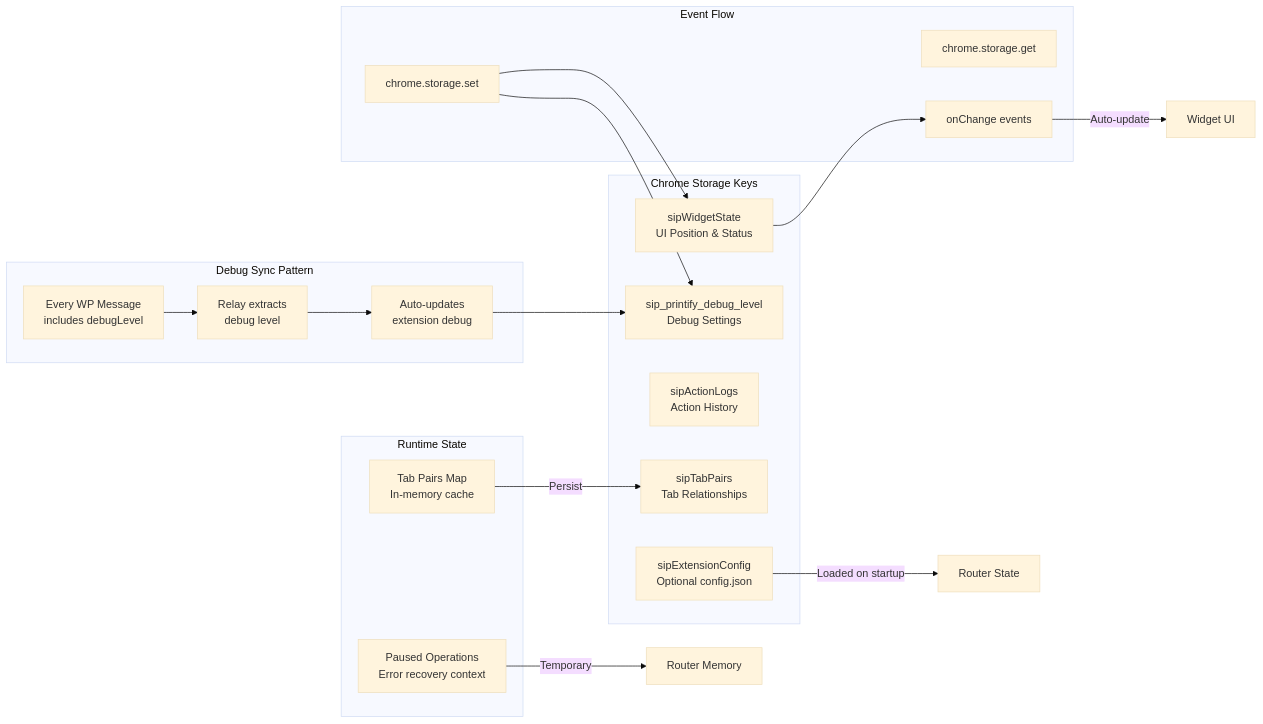
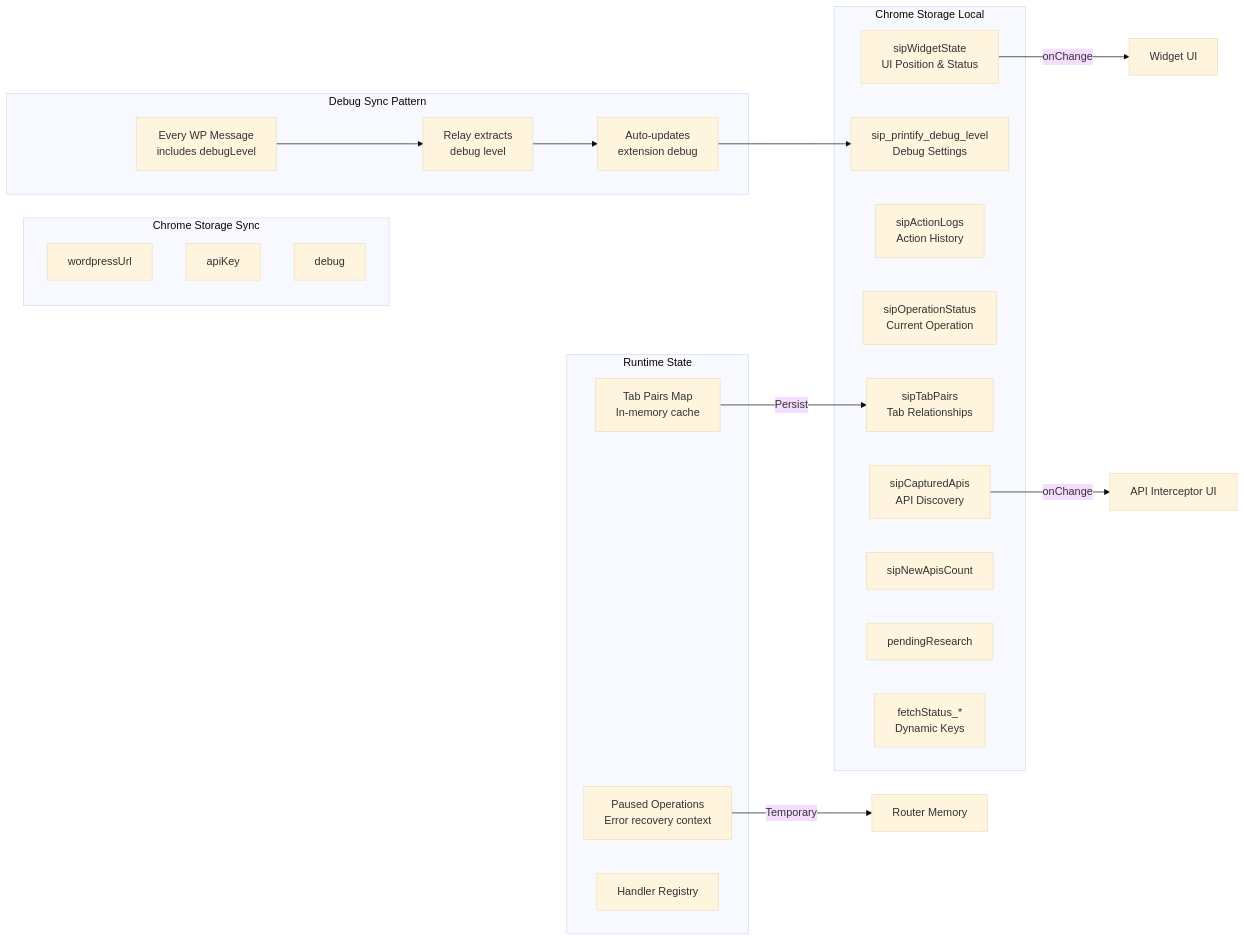
One commit to tdemelle-SiP/.claude changed the fifth of 9 diagrams in guidelines/sip-printify-manager-extension-widget.md. Above: the diagram before and after it, drawn with Mermaid (base theme). The commit also changed other lines of this file, not shown here.

````diff
--- a/guidelines/sip-printify-manager-extension-widget.md
+++ b/guidelines/sip-printify-manager-extension-widget.md
@@ -278,38 +298,40 @@
 ```mermaid
 graph LR
-    subgraph "Chrome Storage Keys"
+    subgraph "Chrome Storage Sync"
+        WPUrl[wordpressUrl]
+        APIKey[apiKey]
+        DebugFlag[debug]
+    end
+    
+    subgraph "Chrome Storage Local"
         Widget[sipWidgetState<br/>UI Position & Status]
         Pairs[sipTabPairs<br/>Tab Relationships]
         Logs[sipActionLogs<br/>Action History]
+        OpStatus[sipOperationStatus<br/>Current Operation]
         Debug[sip_printify_debug_level<br/>Debug Settings]
-        Config[sipExtensionConfig<br/>Optional config.json]
+        APIs[sipCapturedApis<br/>API Discovery]
+        APICount[sipNewApisCount]
+        Pending[pendingResearch]
+        FetchStatus[fetchStatus_*<br/>Dynamic Keys]
     end
     
     subgraph "Runtime State"
         TabMap[Tab Pairs Map<br/>In-memory cache]
         Paused[Paused Operations<br/>Error recovery context]
+        Handlers[Handler Registry]
     end
     
     subgraph "Debug Sync Pattern"
         WPMsg[Every WP Message<br/>includes debugLevel]
-        Relay[Relay extracts<br/>debug level]
+        RelaySync[Relay extracts<br/>debug level]
         Update[Auto-updates<br/>extension debug]
     end
     
-    subgraph "Event Flow"
-        Set[chrome.storage.set]
-        Get[chrome.storage.get]
-        Change[onChange events]
-    end
-    
-    WPMsg --> Relay
-    Relay --> Update
+    WPMsg --> RelaySync
+    RelaySync --> Update
     Update --> Debug
-    Set --> Widget
-    Set --> Debug
-    Widget --> Change
-    Change -->|Auto-update| UI[Widget UI]
+    Widget -->|onChange| UI[Widget UI]
     TabMap -->|Persist| Pairs
     Paused -->|Temporary| Memory[Router Memory]
-    Config -->|Loaded on startup| Router[Router State]
+    APIs -->|onChange| APIInt[API Interceptor UI]
 ```
````
